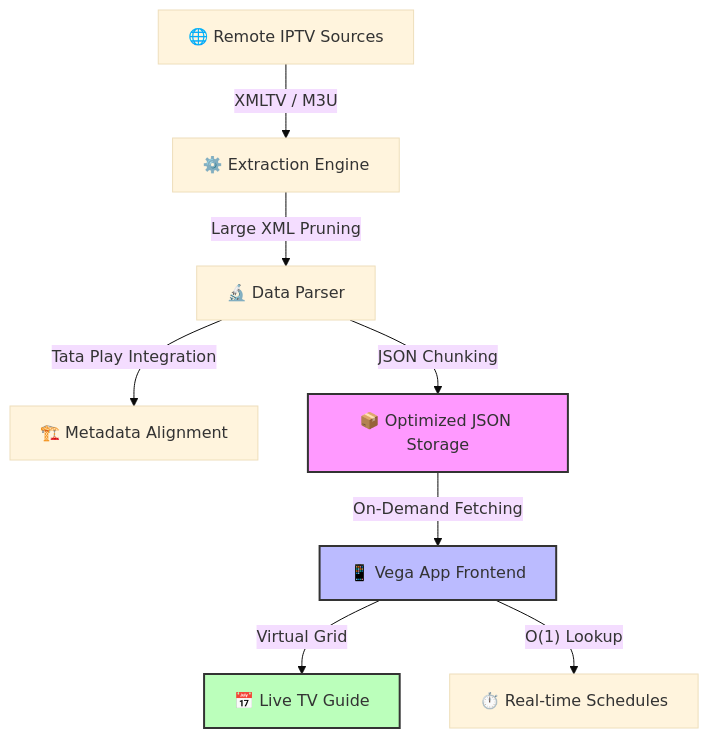
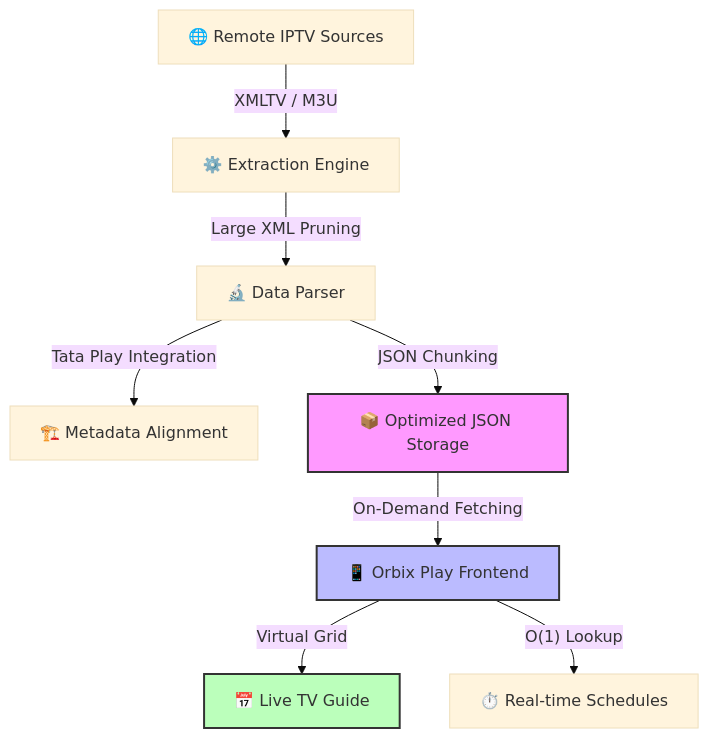
Before and after one commit to angel7544/vega-app: the diagram in README.md, drawn with Mermaid (base theme). The commit also changed other lines of this file, not shown here.

Commit message:
docs: add contributor credits, EPG architecture documentation, and updated legal disclaimers to README

````diff
--- a/README.md
+++ b/README.md
@@ -94,14 +96,14 @@
 ```mermaid
 graph TD
     RemoteSource["🌐 Remote IPTV Sources"] -->|"XMLTV / M3U"| Engine["⚙️ Extraction Engine"]
     Engine -->|"Large XML Pruning"| Parser["🔬 Data Parser"]
     Parser -->|"Tata Play Integration"| Metadata["🏗️ Metadata Alignment"]
     Parser -->|"JSON Chunking"| Storage["📦 Optimized JSON Storage"]
-    Storage -->|"On-Demand Fetching"| App["📱 Vega App Frontend"]
+    Storage -->|"On-Demand Fetching"| App["📱 Orbix Play Frontend"]
     App -->|"Virtual Grid"| Guide["📅 Live TV Guide"]
     App -->|"O(1) Lookup"| RealTime["⏱️ Real-time Schedules"]
 
     style Storage fill:#f9f,stroke:#333,stroke-width:2px
     style App fill:#bbf,stroke:#333,stroke-width:2px
     style Guide fill:#bfb,stroke:#333,stroke-width:2px
 ```
````
